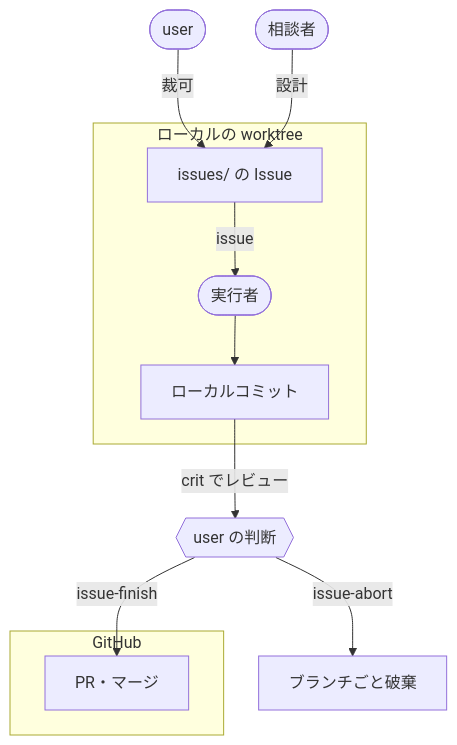
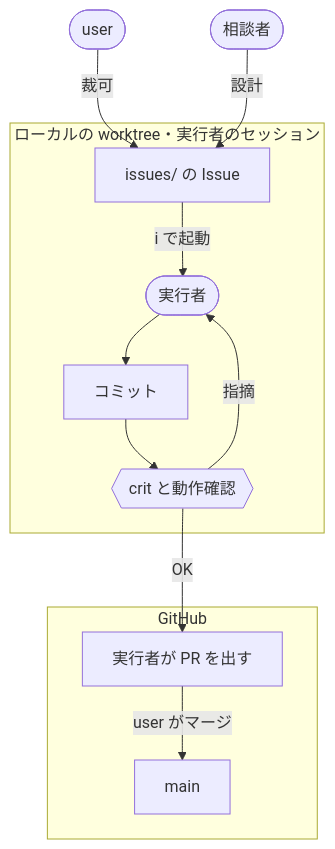
The diagram in README.md (yktsnet/dotfiles-public), drawn with Mermaid before and after one commit. The commit also changed other lines of this file and 6 other files, not shown here.

````diff
--- a/README.md
+++ b/README.md
@@ -84,15 +84,15 @@
 ```mermaid
 flowchart TD
     U([user]) -->|裁可| I[issues/ の Issue]
     C([相談者]) -->|設計| I
-    subgraph local [ローカルの worktree]
-        I -->|issue| E([実行者])
-        E --> L[ローカルコミット]
+    subgraph local [ローカルの worktree・実行者のセッション]
+        I -->|i で起動| E([実行者])
+        E --> L[コミット]
+        L --> V{{crit と動作確認}}
+        V -->|指摘| E
     end
-    L -->|crit でレビュー| R{{user の判断}}
-    R -->|issue-abort| X[ブランチごと破棄]
+    V -->|OK| P
     subgraph remote [GitHub]
-        P[PR・マージ]
+        P[実行者が PR を出す] -->|user がマージ| M[main]
     end
-    R -->|issue-finish| P
 ```
````
